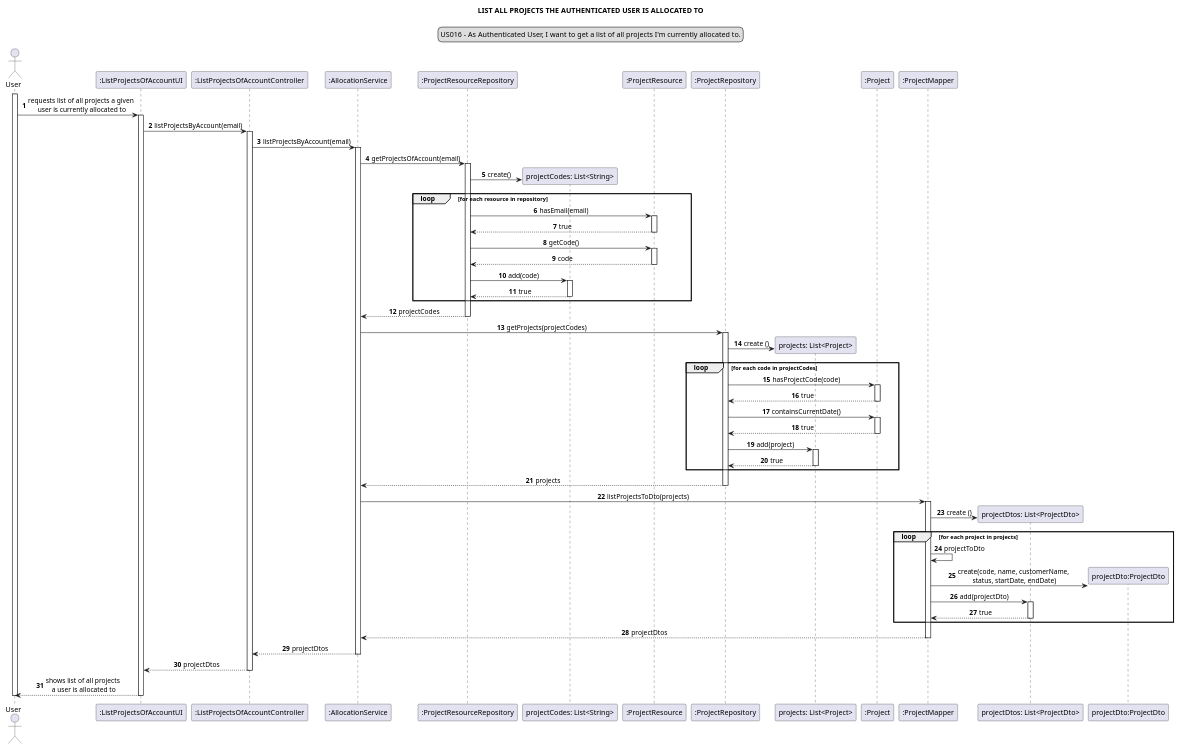
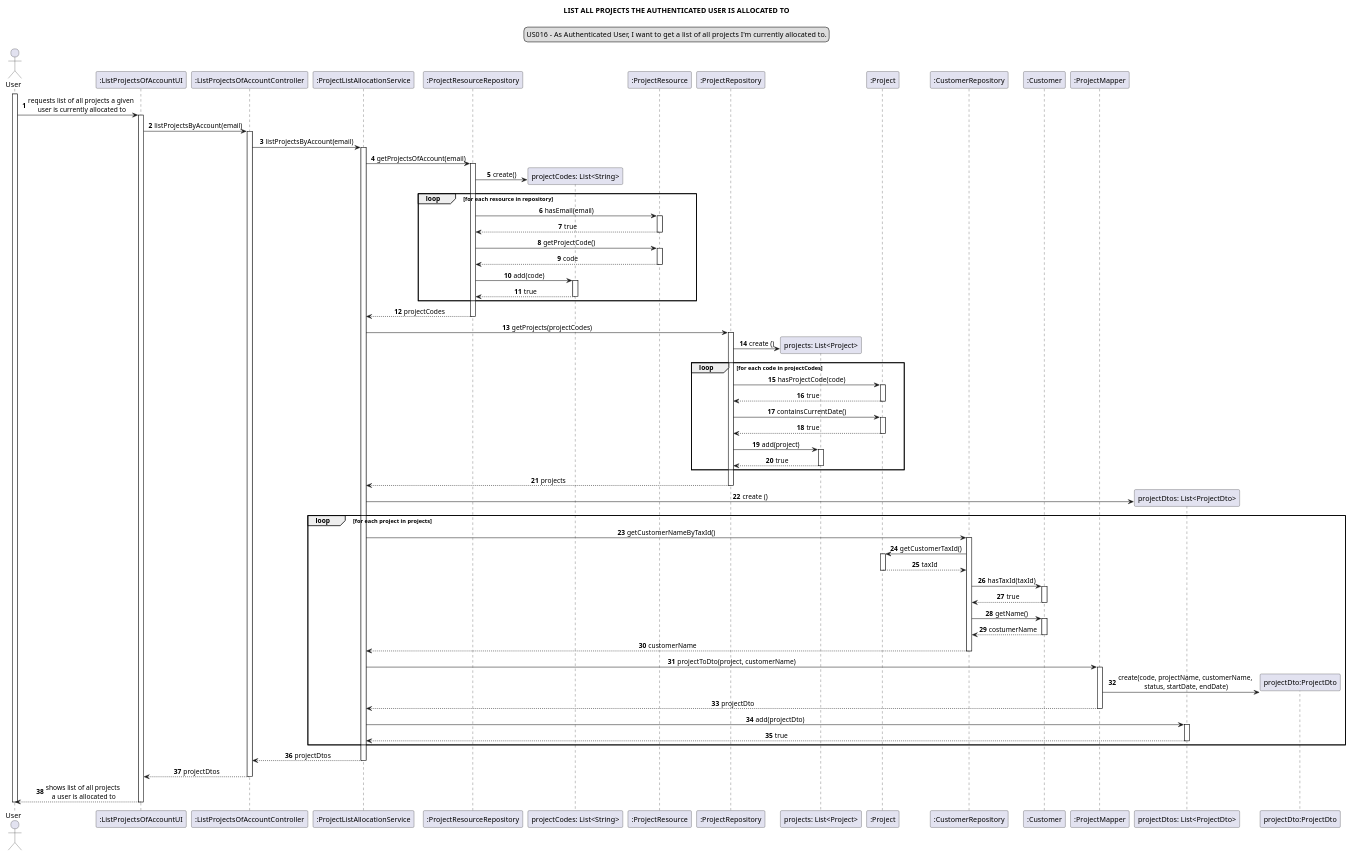
The diagram in docs/modelling_design/user_stories/sprint02/us016/US016_sequenceDiagram_ddd.puml (Loracline/project_switch_22-23), drawn with PlantUML before and after one commit. The commit also changed 1 other file, not shown here.

Commit message:
US016 Design: Updated sequence diagram. Created class diagram. Addresses #449

```diff
--- a/docs/modelling_design/user_stories/sprint02/us016/US016_sequenceDiagram_ddd.puml
+++ b/docs/modelling_design/user_stories/sprint02/us016/US016_sequenceDiagram_ddd.puml
@@ -1,95 +1,113 @@
 @startuml
 
 skinparam sequenceMessageAlign center
 title LIST ALL PROJECTS THE AUTHENTICATED USER IS ALLOCATED TO
 legend top
 US016 - As Authenticated User, I want to get a list of all projects I'm currently allocated to.
 end legend
 autonumber
 actor User
 
 participant ":ListProjectsOfAccountUI" as ui
 participant ":ListProjectsOfAccountController" as controller
-participant ":AllocationService" as service
+participant ":ProjectListAllocationService" as service
 participant ":ProjectResourceRepository" as resourceRepo
 participant "projectCodes: List<String>" as projectList
 participant ":ProjectResource" as resource
 participant ":ProjectRepository" as projectRepo
 participant "projects: List<Project>" as list
 participant ":Project" as project
+participant ":CustomerRepository" as customerRepo
+participant ":Customer" as customer
 participant ":ProjectMapper" as mapper
 participant "projectDtos: List<ProjectDto>" as dtoList
 participant "projectDto:ProjectDto" as dto
 
 
 activate User
 User -> ui: requests list of all projects a given\n user is currently allocated to
 activate ui
 ui -> controller: listProjectsByAccount(email)
 activate controller
 controller -> service: listProjectsByAccount(email)
 activate service
 service -> resourceRepo: getProjectsOfAccount(email)
 activate resourceRepo
 create projectList
 resourceRepo -> projectList: create()
 loop for each resource in repository
 resourceRepo -> resource: hasEmail(email)
 activate resource
 resource --> resourceRepo: true
 deactivate
-resourceRepo -> resource: getCode()
+resourceRepo -> resource: getProjectCode()
 activate resource
 resource --> resourceRepo: code
 deactivate
 resourceRepo -> projectList: add(code)
 activate projectList
 projectList --> resourceRepo: true
 deactivate
 end loop
 service <-- resourceRepo:  projectCodes
 deactivate resourceRepo
 service -> projectRepo: getProjects(projectCodes)
 activate projectRepo
 create list
 projectRepo -> list: create ()
 loop for each code in projectCodes
 projectRepo -> project: hasProjectCode(code)
 activate project
 project --> projectRepo: true
 deactivate project
 projectRepo -> project: containsCurrentDate()
 activate project
 project --> projectRepo: true
 deactivate
 projectRepo -> list: add(project)
 activate list
 list --> projectRepo: true
 deactivate
 end loop
 projectRepo --> service: projects
 deactivate projectRepo
-service -> mapper: listProjectsToDto(projects)
+create dtoList
+service -> dtoList: create ()
+loop for each project in projects
+service -> customerRepo: getCustomerNameByTaxId()
+activate customerRepo
+customerRepo -> project: getCustomerTaxId()
+activate project
+project --> customerRepo: taxId
+deactivate project
+customerRepo -> customer: hasTaxId(taxId)
+activate customer
+customer --> customerRepo: true
+deactivate customer
+customerRepo -> customer: getName()
+activate customer
+customer --> customerRepo: costumerName
+deactivate customer
+customerRepo --> service: customerName
+deactivate customerRepo
+service -> mapper: projectToDto(project, customerName)
 activate mapper
-create dtoList
-mapper -> dtoList: create ()
-loop for each project in projects
-mapper -> mapper: projectToDto
 create dto
-mapper -> dto: create(code, name, customerName, \nstatus, startDate, endDate)
-mapper -> dtoList: add(projectDto)
+mapper -> dto: create(code, projectName, customerName, \nstatus, startDate, endDate)
+mapper --> service: projectDto
+deactivate mapper
+service -> dtoList: add(projectDto)
 activate dtoList
-dtoList --> mapper: true
+dtoList --> service: true
 deactivate
 end loop
-mapper --> service: projectDtos
 deactivate mapper
 service --> controller: projectDtos
 deactivate service
 controller --> ui: projectDtos
 deactivate controller
 ui --> User: shows list of all projects\n a user is allocated to
 deactivate ui
 deactivate User
 
 @enduml
```
